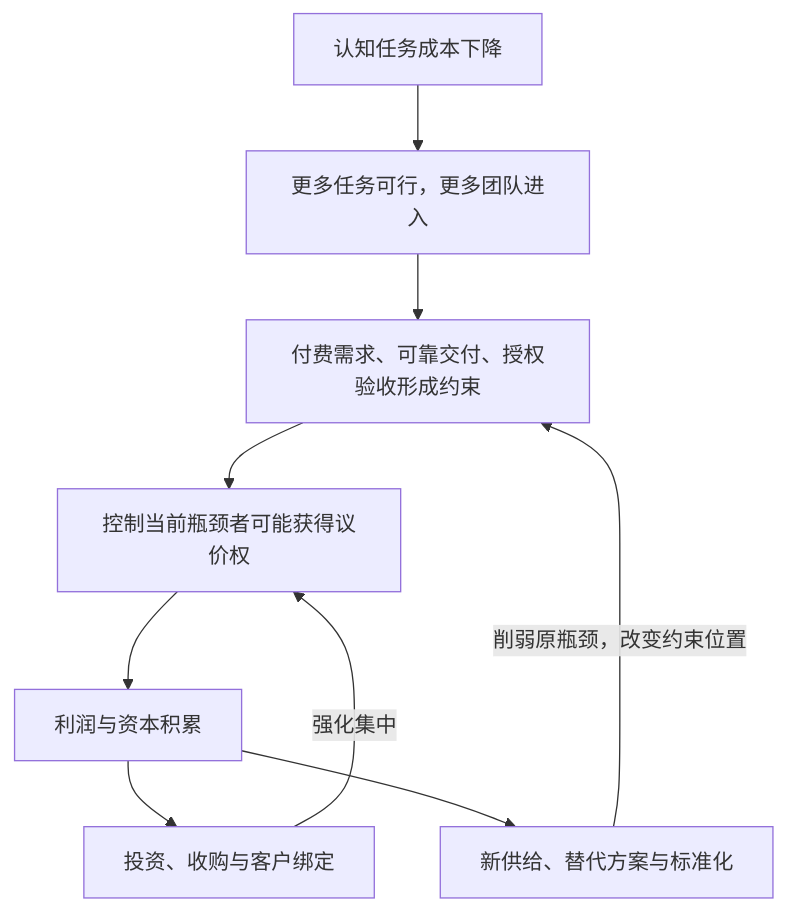
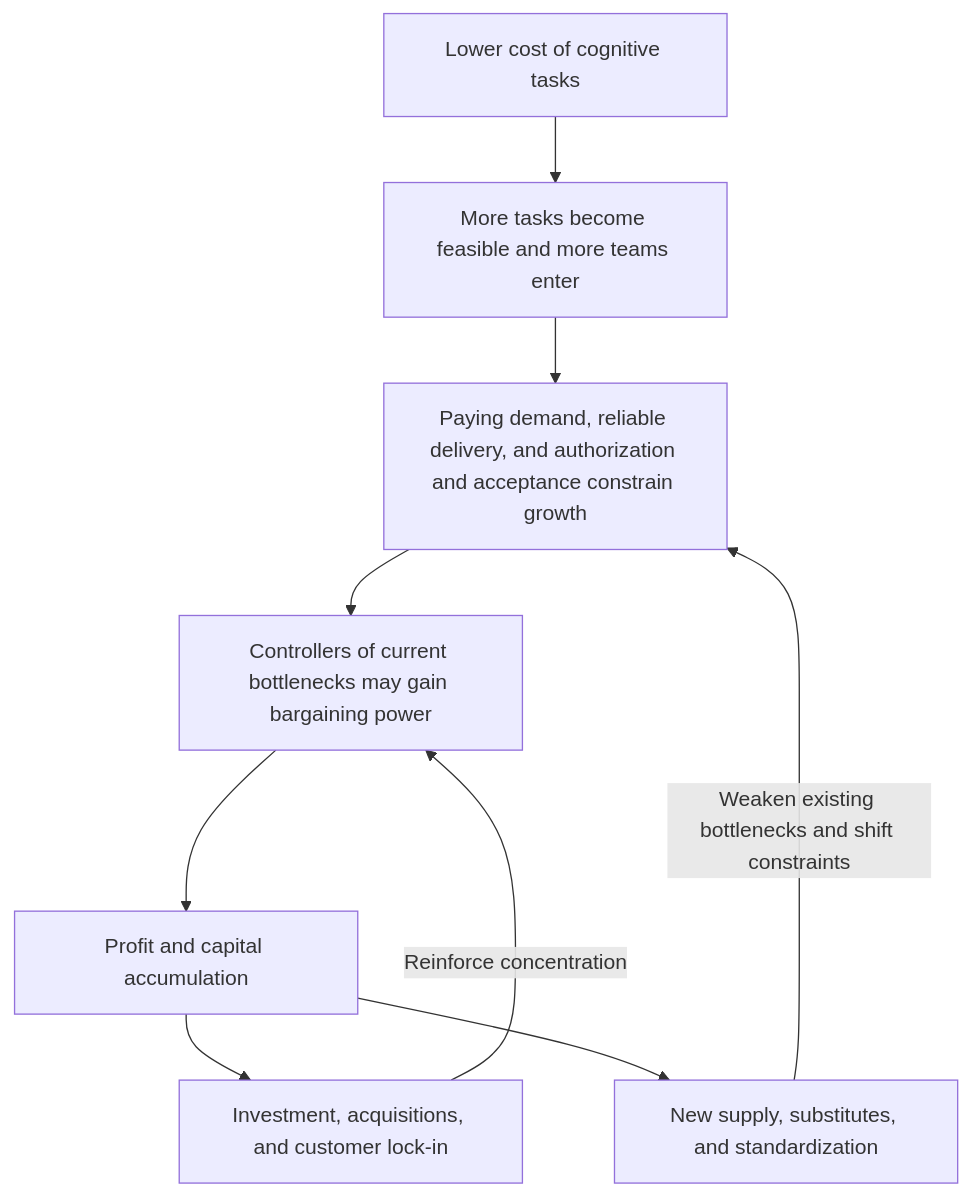
The diagram in README.md (neekitalian/ai-bottleneck-theory), drawn with Mermaid before and after one commit. The commit also changed other lines of this file and 1 other file, not shown here.

Commit message:
Translate project documentation and diagrams into English

````diff
--- a/README.md
+++ b/README.md
@@ -15,11 +15,11 @@
 ```mermaid
 flowchart TD
-    A[认知任务成本下降] --> B[更多任务可行，更多团队进入]
-    B --> C[付费需求、可靠交付、授权验收形成约束]
-    C --> D[控制当前瓶颈者可能获得议价权]
-    D --> E[利润与资本积累]
-    E --> F[投资、收购与客户绑定]
-    F -->|强化集中| D
-    E --> G[新供给、替代方案与标准化]
-    G -->|削弱原瓶颈，改变约束位置| C
+    A[Lower cost of cognitive tasks] --> B[More tasks become feasible and more teams enter]
+    B --> C[Paying demand, reliable delivery, and authorization and acceptance constrain growth]
+    C --> D[Controllers of current bottlenecks may gain bargaining power]
+    D --> E[Profit and capital accumulation]
+    E --> F[Investment, acquisitions, and customer lock-in]
+    F -->|Reinforce concentration| D
+    E --> G[New supply, substitutes, and standardization]
+    G -->|Weaken existing bottlenecks and shift constraints| C
 ```
````
